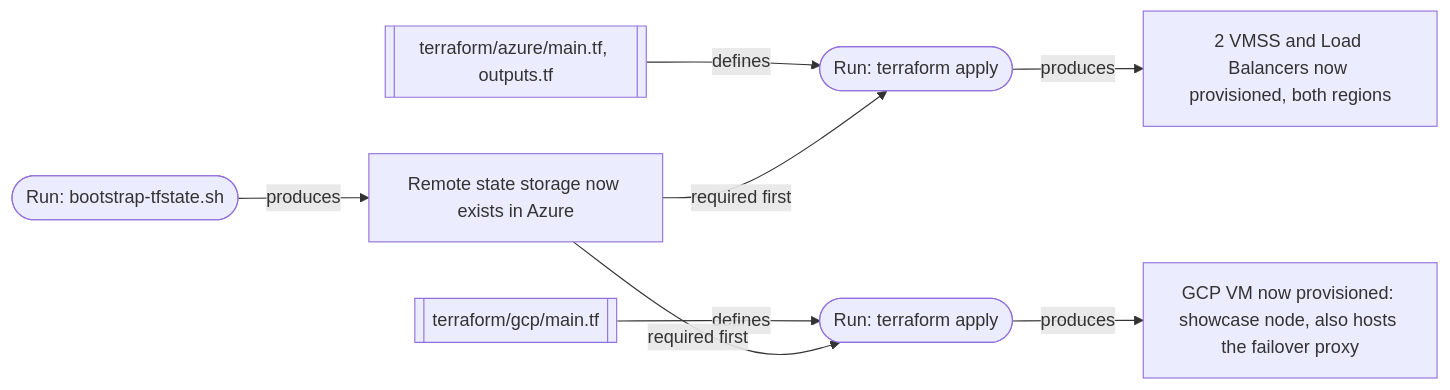
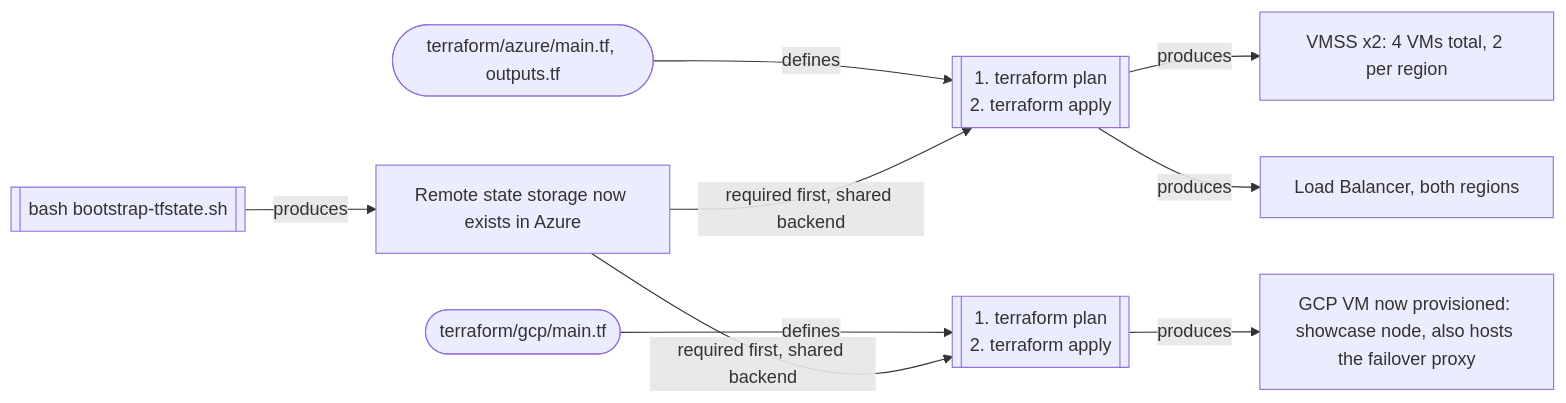
One commit to Dennis4507/cloud-native-ha-platform changed the second of 5 diagrams in README.md. Above: the diagram before and after it, drawn with Mermaid. The commit also changed other lines of this file, not shown here.

First paragraph of the commit message:
Rework Phase 1 with dedicated shapes, stacked commands, split results
Final shape grammar: oval = a file already in the repo, double-bordered
box = a command I run (can stack several steps), plain rectangle = the
result. Three arrow meanings: defines, produces, required first.

````diff
--- a/README.md
+++ b/README.md
@@ -55,10 +55,13 @@
 ```mermaid
 flowchart LR
-    CMD0(["Run: bootstrap-tfstate.sh"]) -->|produces| OUT0["Remote state storage now exists in Azure"]
-    TFAZ[["terraform/azure/main.tf, outputs.tf"]] -->|defines| CMD1(["Run: terraform apply"])
-    OUT0 -->|required first| CMD1
-    CMD1 -->|produces| OUT1["2 VMSS and Load Balancers now provisioned, both regions"]
-    TFGCP[["terraform/gcp/main.tf"]] -->|defines| CMD2(["Run: terraform apply"])
-    OUT0 -->|required first| CMD2
+    CMD0[["bash bootstrap-tfstate.sh"]] -->|produces| OUT0["Remote state storage now exists in Azure"]
+
+    TFAZ(["terraform/azure/main.tf, outputs.tf"]) -->|defines| CMD1[["1. terraform plan<br/>2. terraform apply"]]
+    OUT0 -->|required first, shared backend| CMD1
+    CMD1 -->|produces| OUT1A["VMSS x2: 4 VMs total, 2 per region"]
+    CMD1 -->|produces| OUT1B["Load Balancer, both regions"]
+
+    TFGCP(["terraform/gcp/main.tf"]) -->|defines| CMD2[["1. terraform plan<br/>2. terraform apply"]]
+    OUT0 -->|required first, shared backend| CMD2
     CMD2 -->|produces| OUT2["GCP VM now provisioned: showcase node, also hosts the failover proxy"]
 ```
````
